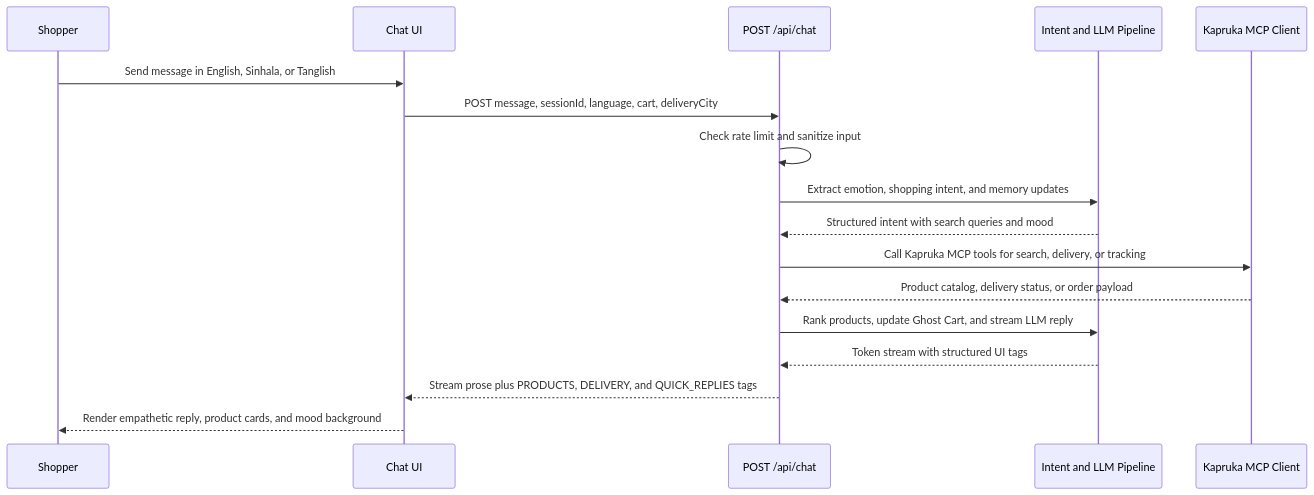
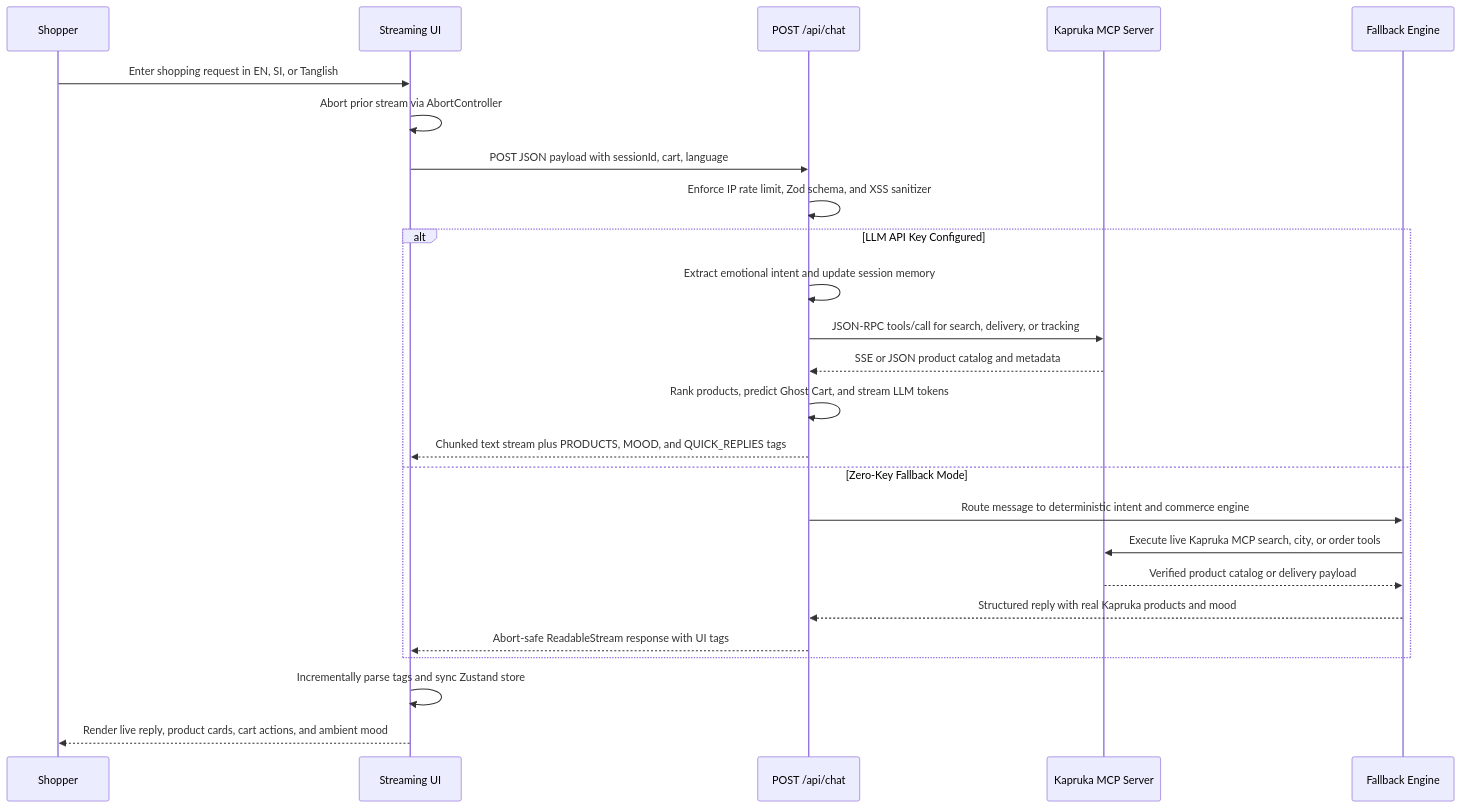
Before and after one commit to theekshana-sudeepa/kasa: the second of 2 diagrams in README.md, drawn with Mermaid. The commit also changed other lines of this file and 3 other files, not shown here.

Commit message:
docs(readme): add live demo badge, UI showcase screenshots, and MCP sequence diagram

````diff
--- a/README.md
+++ b/README.md
@@ -80,20 +108,28 @@
 ```mermaid
 sequenceDiagram
     participant User as Shopper
-    participant UI as Chat UI
+    participant UI as Streaming UI
     participant API as POST /api/chat
-    participant AI as Intent and LLM Pipeline
-    participant MCP as Kapruka MCP Client
+    participant MCP as Kapruka MCP Server
+    participant Fallback as Fallback Engine
 
-    User->>UI: Send message in English, Sinhala, or Tanglish
-    UI->>API: POST message, sessionId, language, cart, deliveryCity
-    API->>API: Check rate limit and sanitize input
-    API->>AI: Extract emotion, shopping intent, and memory updates
-    AI-->>API: Structured intent with search queries and mood
-    API->>MCP: Call Kapruka MCP tools for search, delivery, or tracking
-    MCP-->>API: Product catalog, delivery status, or order payload
-    API->>AI: Rank products, update Ghost Cart, and stream LLM reply
-    AI-->>API: Token stream with structured UI tags
-    API-->>UI: Stream prose plus PRODUCTS, DELIVERY, and QUICK_REPLIES tags
-    UI-->>User: Render empathetic reply, product cards, and mood background
+    User->>UI: Enter shopping request in EN, SI, or Tanglish
+    UI->>UI: Abort prior stream via AbortController
+    UI->>API: POST JSON payload with sessionId, cart, language
+    API->>API: Enforce IP rate limit, Zod schema, and XSS sanitizer
+    alt LLM API Key Configured
+        API->>API: Extract emotional intent and update session memory
+        API->>MCP: JSON-RPC tools/call for search, delivery, or tracking
+        MCP-->>API: SSE or JSON product catalog and metadata
+        API->>API: Rank products, predict Ghost Cart, and stream LLM tokens
+        API-->>UI: Chunked text stream plus PRODUCTS, MOOD, and QUICK_REPLIES tags
+    else Zero-Key Fallback Mode
+        API->>Fallback: Route message to deterministic intent and commerce engine
+        Fallback->>MCP: Execute live Kapruka MCP search, city, or order tools
+        MCP-->>Fallback: Verified product catalog or delivery payload
+        Fallback-->>API: Structured reply with real Kapruka products and mood
+        API-->>UI: Abort-safe ReadableStream response with UI tags
+    end
+    UI->>UI: Incrementally parse tags and sync Zustand store
+    UI-->>User: Render live reply, product cards, cart actions, and ambient mood
 ```
````
